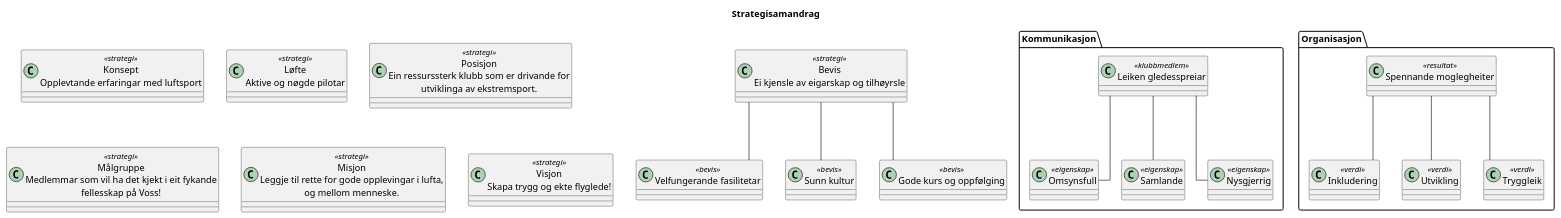
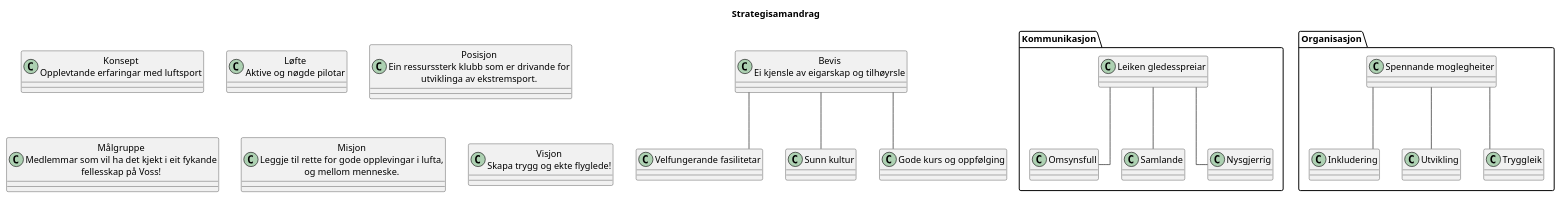
Before and after one commit to vosshpk/wiki: the second of 2 diagrams in nn/organisatorisk/styringsdokument.md, drawn with PlantUML. The commit also changed other lines of this file and 3 other files, not shown here.

Commit message:
Org. plan + strategy update and UML

````diff
--- a/nn/organisatorisk/styringsdokument.md
+++ b/nn/organisatorisk/styringsdokument.md
@@ -139,39 +139,39 @@
 ```plantuml
 title Strategisamandrag
 top to bottom direction
 skinparam classAttributeIconSize 0
 skinparam linetype ortho
 
-class "Konsept\nOpplevtande erfaringar med luftsport" as Konsept <<strategi>>
-class "Bevis\nEi kjensle av eigarskap og tilhøyrsle" as Bevis <<strategi>>
-class "Velfungerande fasilitetar" as Fasilitetar <<bevis>>
-class "Sunn kultur" as Kultur <<bevis>>
-class "Gode kurs og oppfølging" as KursOppfoelging <<bevis>>
-class "Løfte\nAktive og nøgde pilotar" as Loefte <<strategi>>
-class "Posisjon\nEin ressurssterk klubb som er drivande for\nutviklinga av ekstremsport." as Posisjon <<strategi>>
-class "Målgruppe\nMedlemmar som vil ha det kjekt i eit fykande\nfellesskap på Voss!" as Maalgruppe <<strategi>>
+class "Konsept\nOpplevtande erfaringar med luftsport" as Konsept
+class "Bevis\nEi kjensle av eigarskap og tilhøyrsle" as Bevis
+class "Velfungerande fasilitetar" as Fasilitetar
+class "Sunn kultur" as Kultur
+class "Gode kurs og oppfølging" as KursOppfoelging
+class "Løfte\nAktive og nøgde pilotar" as Loefte
+class "Posisjon\nEin ressurssterk klubb som er drivande for\nutviklinga av ekstremsport." as Posisjon
+class "Målgruppe\nMedlemmar som vil ha det kjekt i eit fykande\nfellesskap på Voss!" as Maalgruppe
 package "Kommunikasjon" {
-  class "Omsynsfull" as Omsynsfull <<eigenskap>>
-  class "Samlande" as Samlande <<eigenskap>>
-  class "Nysgjerrig" as Nysgjerrig <<eigenskap>>
-  class "Leiken gledesspreiar" as Profil <<klubbmedlem>>
+  class "Omsynsfull" as Omsynsfull
+  class "Samlande" as Samlande
+  class "Nysgjerrig" as Nysgjerrig
+  class "Leiken gledesspreiar" as Profil
 }
 package "Organisasjon" {
-  class "Inkludering" as Inkludering <<verdi>>
-  class "Utvikling" as Utvikling <<verdi>>
-  class "Tryggleik" as Tryggleik <<verdi>>
-  class "Spennande moglegheiter" as Moglegheiter <<resultat>>
+  class "Inkludering" as Inkludering
+  class "Utvikling" as Utvikling
+  class "Tryggleik" as Tryggleik
+  class "Spennande moglegheiter" as Moglegheiter
 }
-class "Misjon\nLeggje til rette for gode opplevingar i lufta,\nog mellom menneske." as Misjon <<strategi>>
-class "Visjon\nSkapa trygg og ekte flyglede!" as Visjon <<strategi>>
+class "Misjon\nLeggje til rette for gode opplevingar i lufta,\nog mellom menneske." as Misjon
+class "Visjon\nSkapa trygg og ekte flyglede!" as Visjon
 
 Bevis -- Fasilitetar
 Bevis -- Kultur
 Bevis -- KursOppfoelging
 Profil -- Omsynsfull
 Profil -- Samlande
 Profil -- Nysgjerrig
 Moglegheiter -- Inkludering
 Moglegheiter -- Utvikling
 Moglegheiter -- Tryggleik
 ```
````
